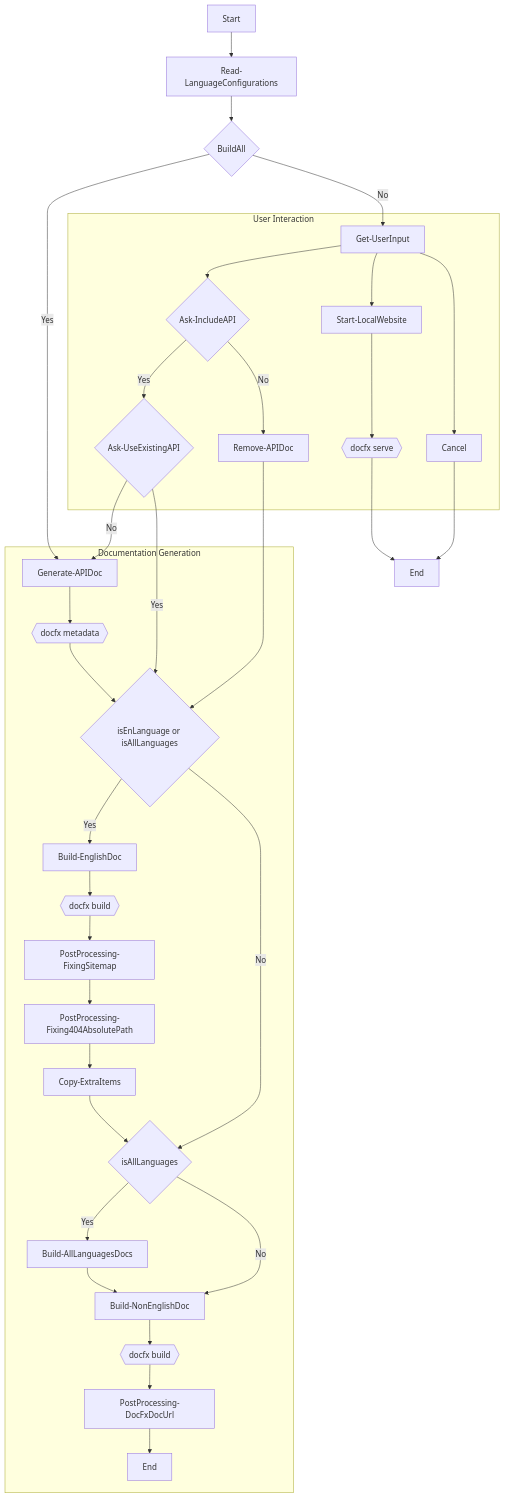
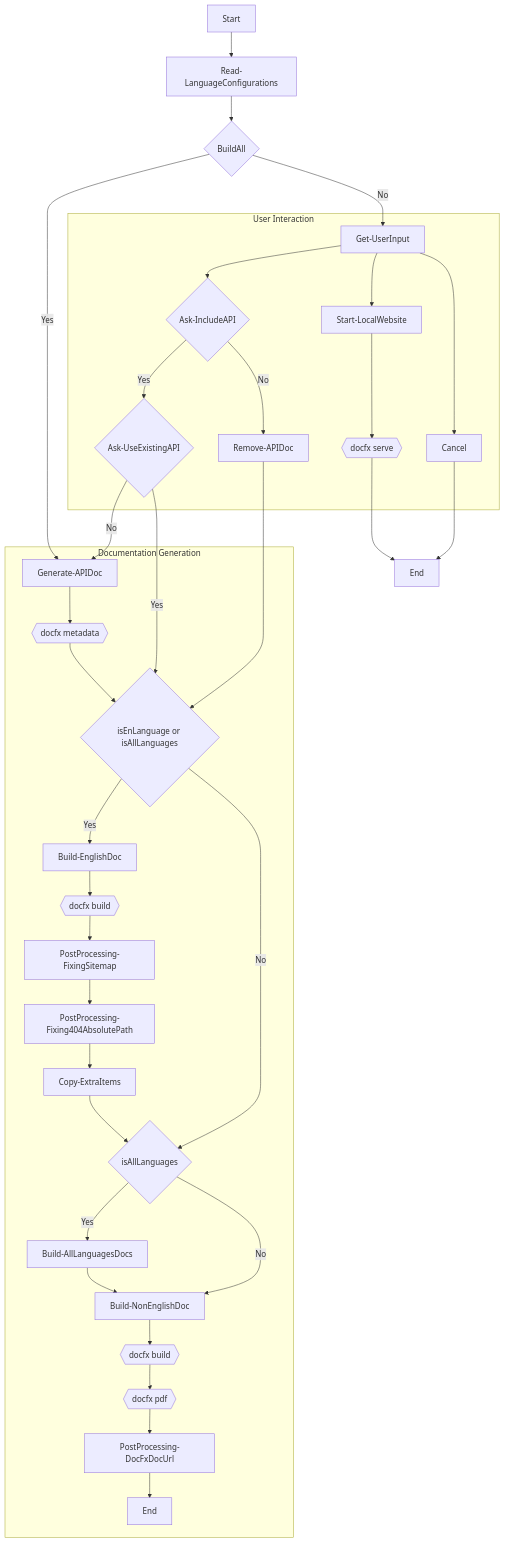
The diagram in en/contributors/documentation/documentation-generation-pipeline.md (stride3d/stride-docs), drawn with Mermaid before and after one commit. The commit also changed other lines of this file and 5 other files, not shown here.

````diff
--- a/en/contributors/documentation/documentation-generation-pipeline.md
+++ b/en/contributors/documentation/documentation-generation-pipeline.md
@@ -80,59 +80,60 @@
 ``` mermaid
 %% Define styles
 
 %% Main Graph
 graph TB
 
 %% Nodes
     Start[Start]
     A[Read-LanguageConfigurations]
     B{BuildAll}
     C[Get-UserInput]
     D[Generate-APIDoc]
     E{Ask-IncludeAPI}
     E1{Ask-UseExistingAPI}
     End[End]
     F[Start-LocalWebsite]
     G[Cancel]
     H[Remove-APIDoc]
     M{isEnLanguage or isAllLanguages}
     N[Build-EnglishDoc]
     O[PostProcessing-FixingSitemap]
     O1[PostProcessing-Fixing404AbsolutePath]
     P[Copy-ExtraItems]
     R{isAllLanguages}
     S[Build-AllLanguagesDocs]
     T[Build-NonEnglishDoc]
     Y[PostProcessing-DocFxDocUrl]
     Z[End]
 
 %% Edges
     Start --> A --> B
     B -->|Yes| D
     B -->|No| C
     subgraph User Interaction
     C --> E
     E -->|Yes| E1
     E -->|No| H
     C --> F --> F1{{docfx serve}}
     C --> G
     end
     F1 --> End
     G --> End
     E1 -->|No| D
     E1 -->|Yes| M
     subgraph Documentation Generation
     H --> M
     D --> D1{{docfx metadata}} --> M
     M -->|Yes| N
     M -->|No| R
     N --> DocFX{{docfx build}} --> O --> O1--> P
     P --> R
     R -->|Yes| S
     R -->|No| T
     S --> T
     T --> X{{docfx build}}
-    X --> Y
+    X --> X1{{docfx pdf}}
+    X1 --> Y
     Y --> Z
     end
 ```
````
